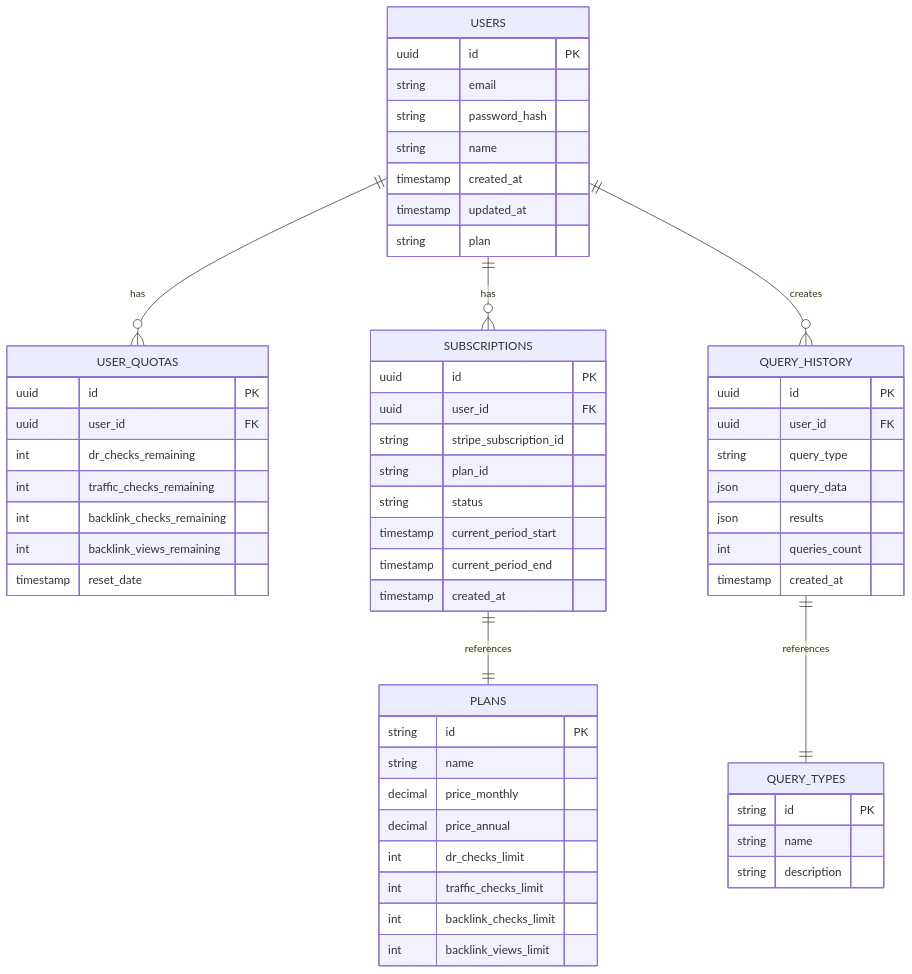
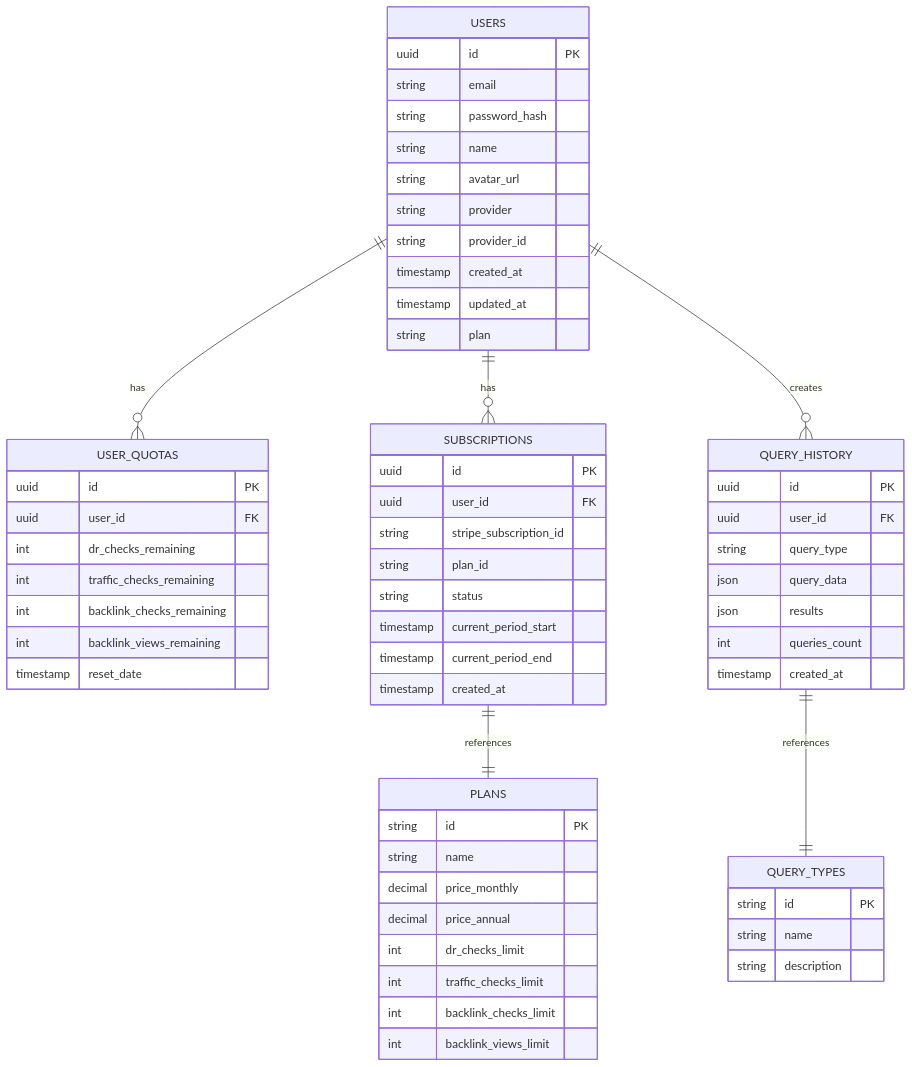
Before and after one commit to wangdefou404/BacklinksBuilder: the third of 3 diagrams in .trae/documents/BacklinksBuilder_Technical_Architecture.md, drawn with Mermaid. The commit also changed other lines of this file and 46 other files, not shown here.

````diff
--- a/.trae/documents/BacklinksBuilder_Technical_Architecture.md
+++ b/.trae/documents/BacklinksBuilder_Technical_Architecture.md
@@ -162,66 +210,69 @@
 ```mermaid
 erDiagram
     USERS ||--o{ USER_QUOTAS : has
     USERS ||--o{ SUBSCRIPTIONS : has
     USERS ||--o{ QUERY_HISTORY : creates
     SUBSCRIPTIONS ||--|| PLANS : references
     QUERY_HISTORY ||--|| QUERY_TYPES : references
     
     USERS {
         uuid id PK
         string email
         string password_hash
         string name
+        string avatar_url
+        string provider
+        string provider_id
         timestamp created_at
         timestamp updated_at
         string plan
     }
     
     USER_QUOTAS {
         uuid id PK
         uuid user_id FK
         int dr_checks_remaining
         int traffic_checks_remaining
         int backlink_checks_remaining
         int backlink_views_remaining
         timestamp reset_date
     }
     
     SUBSCRIPTIONS {
         uuid id PK
         uuid user_id FK
         string stripe_subscription_id
         string plan_id
         string status
         timestamp current_period_start
         timestamp current_period_end
         timestamp created_at
     }
     
     PLANS {
         string id PK
         string name
         decimal price_monthly
         decimal price_annual
         int dr_checks_limit
         int traffic_checks_limit
         int backlink_checks_limit
         int backlink_views_limit
     }
     
     QUERY_HISTORY {
         uuid id PK
         uuid user_id FK
         string query_type
         json query_data
         json results
         int queries_count
         timestamp created_at
     }
     
     QUERY_TYPES {
         string id PK
         string name
         string description
     }
 ```
````
